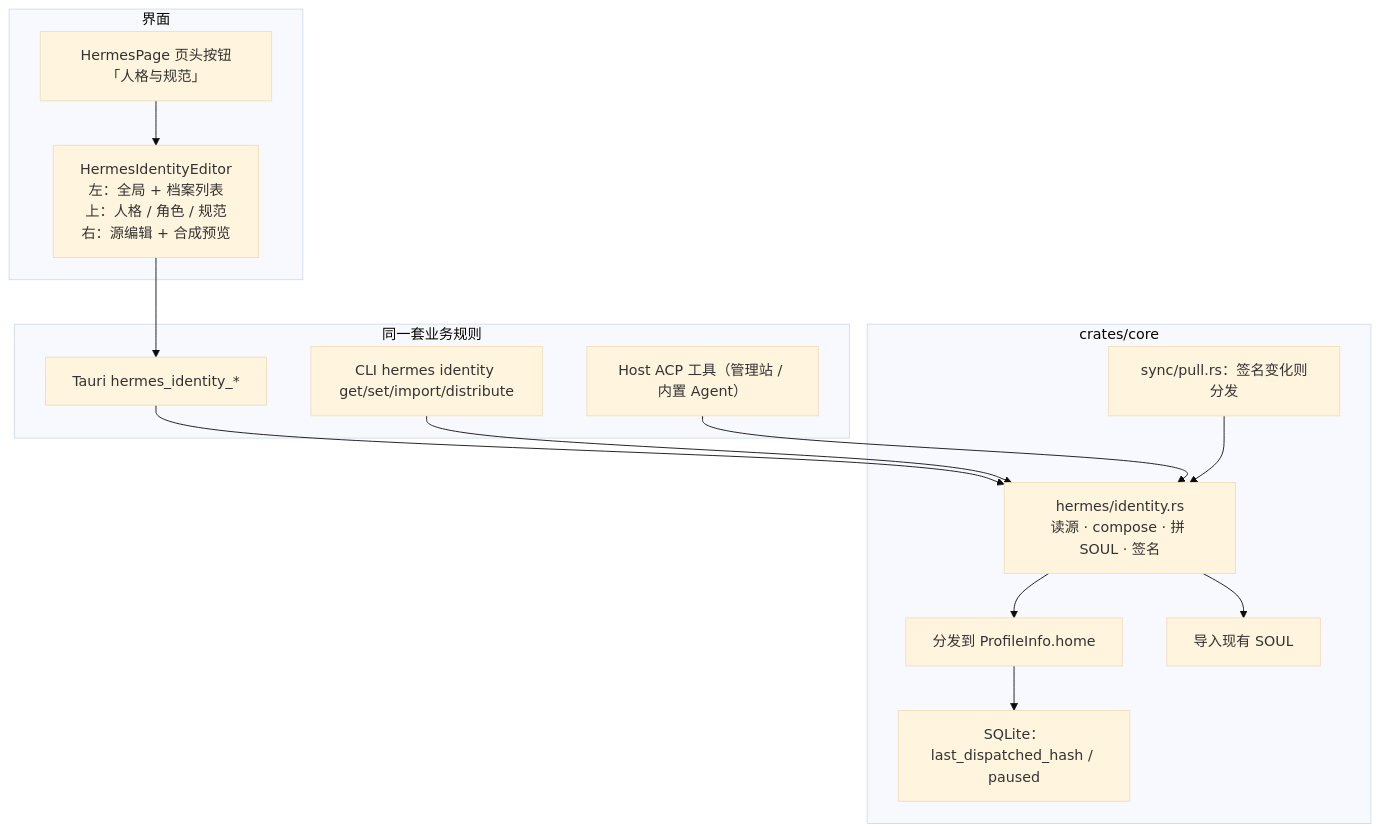
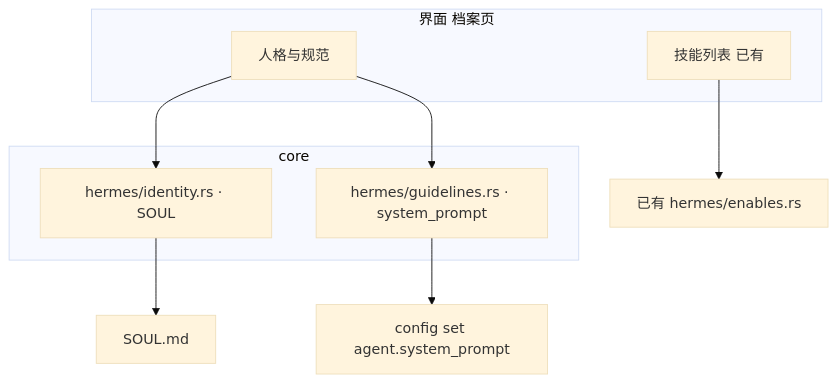
One commit to YYFF925/SkillManager changed the third of 3 diagrams in docs/technical-reference/hermes-identity-architecture.md. Above: the diagram before and after it, drawn with Mermaid (base theme). The commit also changed other lines of this file, not shown here.

First line of the commit message:
docs: 按三层模型把 Hermes 规范改写到 agent.system_prompt

````diff
--- a/docs/technical-reference/hermes-identity-architecture.md
+++ b/docs/technical-reference/hermes-identity-architecture.md
@@ -211,31 +206,16 @@
 ```mermaid
 flowchart TB
-  subgraph UI["界面"]
-    HP["HermesPage 页头按钮「人格与规范」"]
-    ED["HermesIdentityEditor<br/>左：全局 + 档案列表<br/>上：人格 / 角色 / 规范<br/>右：源编辑 + 合成预览"]
+  subgraph UI["界面 档案页"]
+    HP["人格与规范"]
+    SK["技能列表 已有"]
   end
-
-  subgraph API["同一套业务规则"]
-    T["Tauri hermes_identity_*"]
-    C["CLI hermes identity get/set/import/distribute"]
-    H["Host ACP 工具（管理站 / 内置 Agent）"]
+  subgraph Core["core"]
+    ID["hermes/identity.rs · SOUL"]
+    GL["hermes/guidelines.rs · system_prompt"]
   end
-
-  subgraph Core["crates/core"]
-    IS["hermes/identity.rs<br/>读源 · compose · 拼 SOUL · 签名"]
-    DIS["分发到 ProfileInfo.home"]
-    IMP["导入现有 SOUL"]
-    ST["SQLite：last_dispatched_hash / paused"]
-    PULL["sync/pull.rs：签名变化则分发"]
-  end
-
-  HP --> ED
-  ED --> T
-  T --> IS
-  C --> IS
-  H --> IS
-  IS --> DIS
-  IS --> IMP
-  DIS --> ST
-  PULL --> IS
+  HP --> ID
+  HP --> GL
+  SK --> EN["已有 hermes/enables.rs"]
+  ID --> SOUL["SOUL.md"]
+  GL --> CFG["config set agent.system_prompt"]
 ```
````
